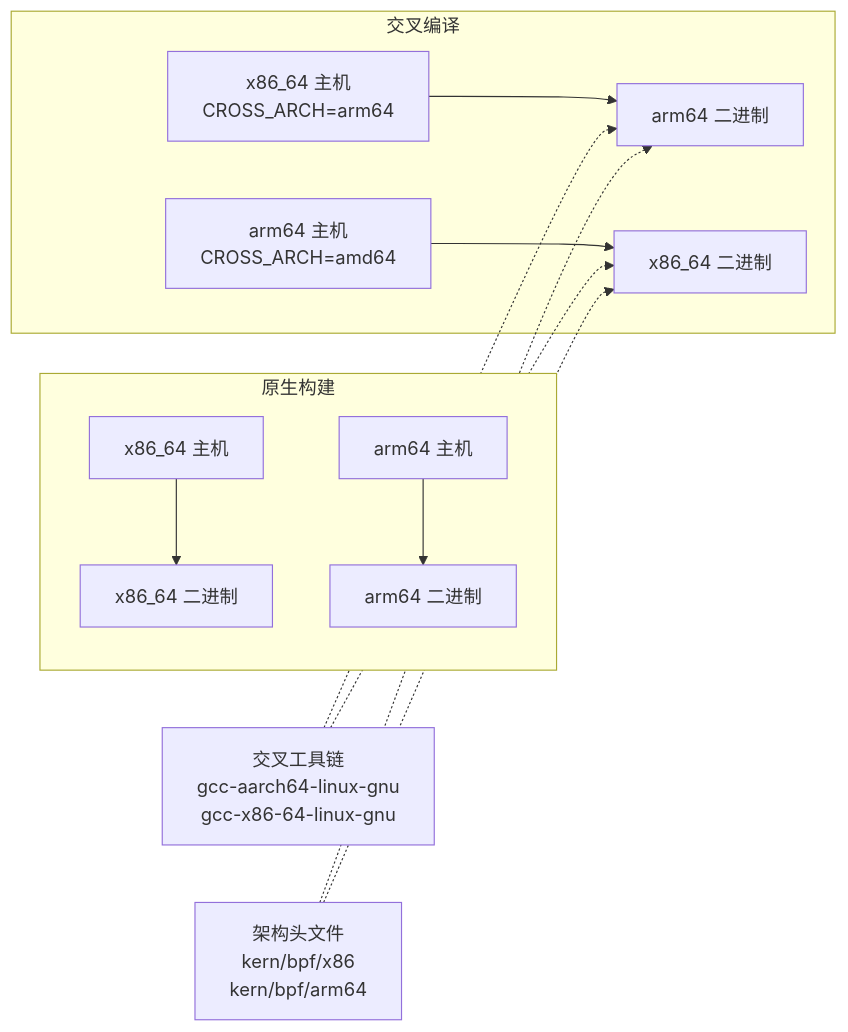
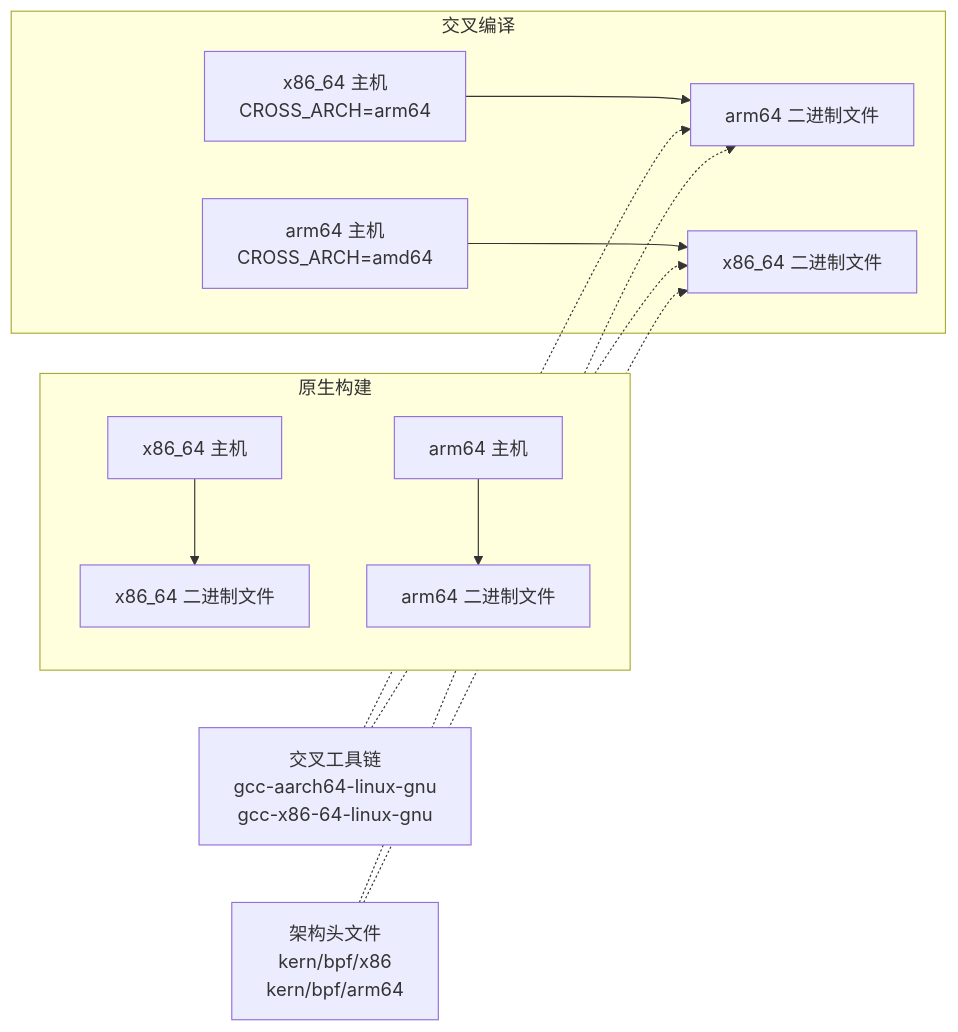
Before and after one commit to gojue/ecapture.cc: the second of 9 diagrams in src/zh/1-overview/1.3-dependencies-and-system-requirements.md, drawn with Mermaid. The commit also changed other lines of this file and 70 other files, not shown here.

Commit message:
feat: update sidebar and navigation links for architecture and shell command auditing sections

````diff
--- a/src/zh/1-overview/1.3-dependencies-and-system-requirements.md
+++ b/src/zh/1-overview/1.3-dependencies-and-system-requirements.md
@@ -74,30 +85,30 @@
 ```mermaid
 graph LR
     subgraph "原生构建"
         X86_HOST["x86_64 主机"]
         ARM_HOST["arm64 主机"]
-        X86_BIN["x86_64 二进制"]
-        ARM_BIN["arm64 二进制"]
+        X86_BIN["x86_64 二进制文件"]
+        ARM_BIN["arm64 二进制文件"]
         
         X86_HOST --> X86_BIN
         ARM_HOST --> ARM_BIN
     end
     
     subgraph "交叉编译"
         X86_CROSS["x86_64 主机<br/>CROSS_ARCH=arm64"]
         ARM_CROSS["arm64 主机<br/>CROSS_ARCH=amd64"]
-        X86_TO_ARM["arm64 二进制"]
-        ARM_TO_X86["x86_64 二进制"]
+        X86_TO_ARM["arm64 二进制文件"]
+        ARM_TO_X86["x86_64 二进制文件"]
         
         X86_CROSS --> X86_TO_ARM
         ARM_CROSS --> ARM_TO_X86
     end
     
     TOOLCHAIN["交叉工具链<br/>gcc-aarch64-linux-gnu<br/>gcc-x86-64-linux-gnu"]
     HEADERS["架构头文件<br/>kern/bpf/x86<br/>kern/bpf/arm64"]
     
     TOOLCHAIN -.-> X86_TO_ARM
     TOOLCHAIN -.-> ARM_TO_X86
     HEADERS -.-> X86_TO_ARM
     HEADERS -.-> ARM_TO_X86
 ```
````
